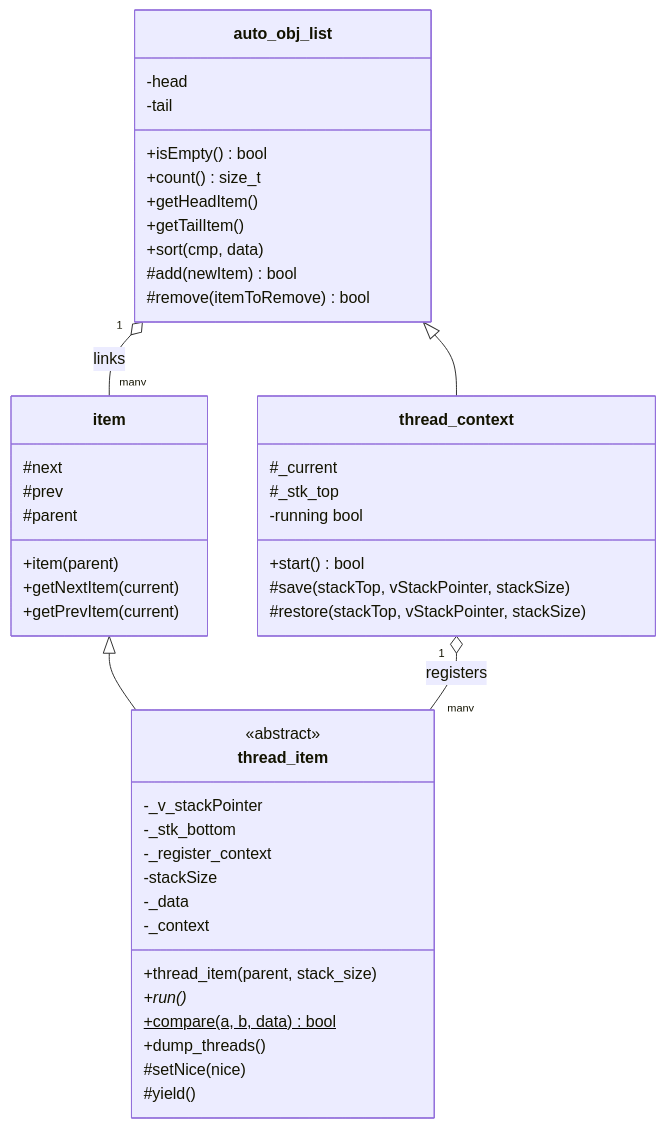
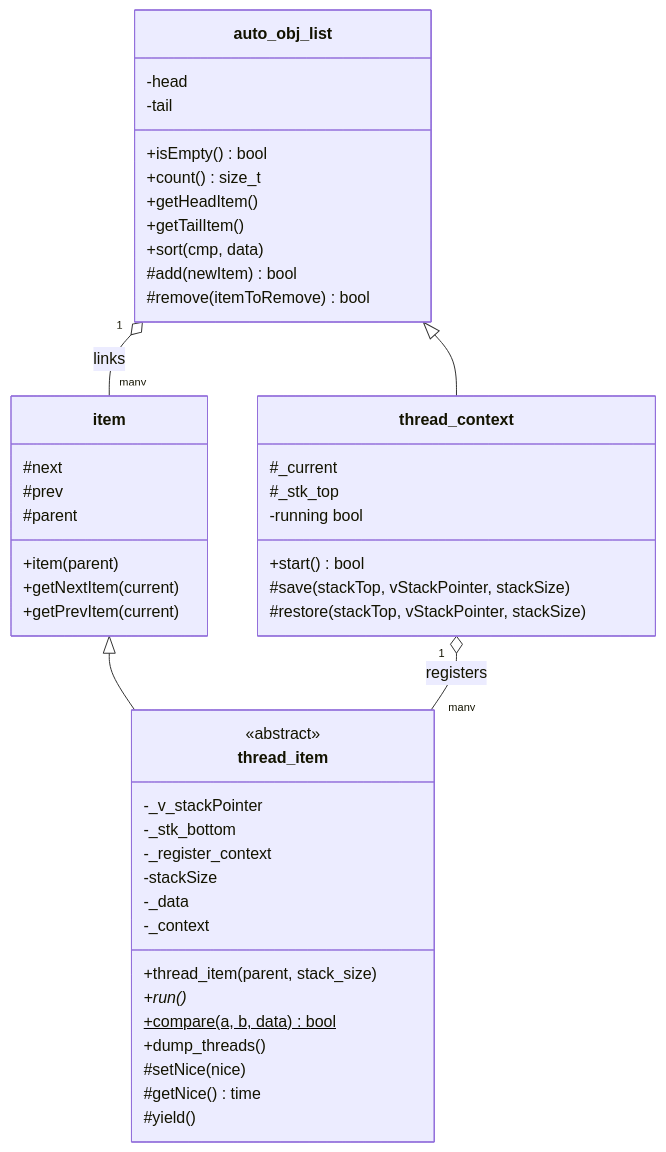
Before and after one commit to solariun/atomicx2: the fourth of 8 diagrams in spec.md, drawn with Mermaid. The commit also changed other lines of this file and 3 other files, not shown here.

````diff
--- a/spec.md
+++ b/spec.md
@@ -285,49 +287,50 @@
 ```mermaid
 classDiagram
     class auto_obj_list {
         +isEmpty() bool
         +count() size_t
         +getHeadItem()
         +getTailItem()
         +sort(cmp, data)
         #add(newItem) bool
         #remove(itemToRemove) bool
         -head
         -tail
     }
     class item {
         +item(parent)
         +getNextItem(current)
         +getPrevItem(current)
         #next
         #prev
         #parent
     }
     class thread_item {
         <<abstract>>
         +thread_item(parent, stack_size)
         +run()*
         +compare(a, b, data) bool$
         +dump_threads()
         #setNice(nice)
+        #getNice() time
         #yield()
         -_v_stackPointer
         -_stk_bottom
         -_register_context
         -stackSize
         -_data
         -_context
     }
     class thread_context {
         +start() bool
         #save(stackTop, vStackPointer, stackSize)
         #restore(stackTop, vStackPointer, stackSize)
         #_current
         #_stk_top
         -running bool
     }
     auto_obj_list "1" o-- "many" item : links
     item <|-- thread_item
     auto_obj_list <|-- thread_context
     thread_context "1" o-- "many" thread_item : registers
 ```
````
